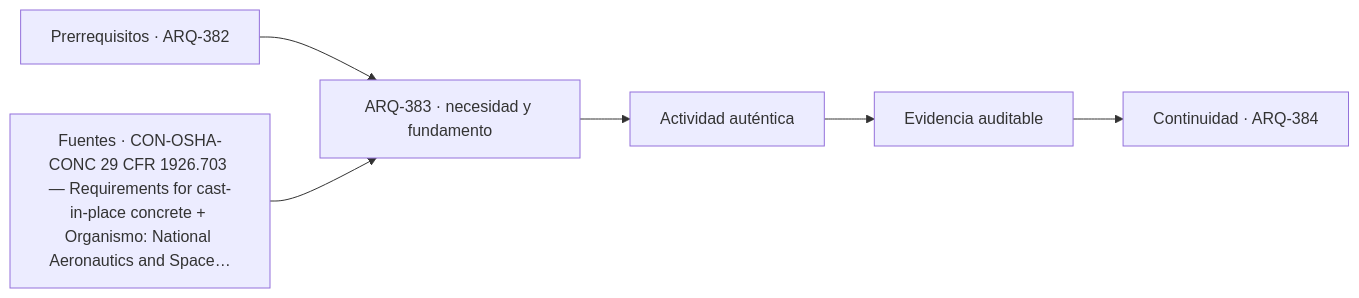
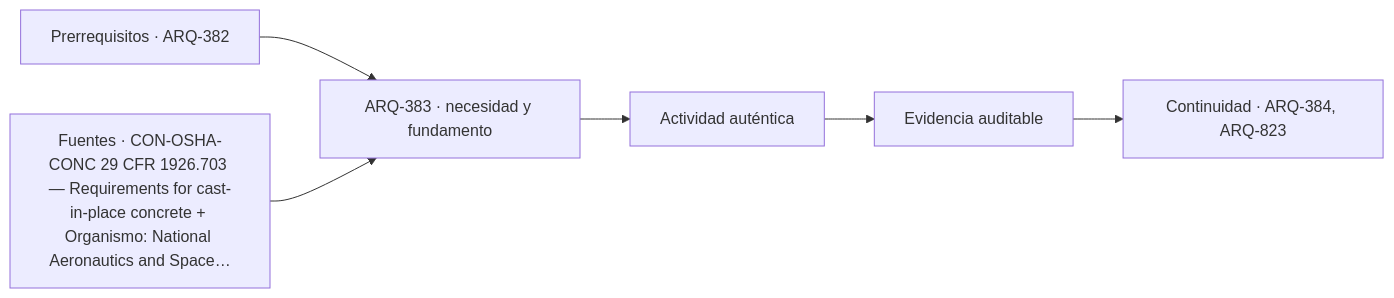
One commit to vladimiracunadev-create/architecture-built-environment-learning-program changed the diagram in classes/parte-39/ARQ-383.md. Above: the diagram before and after it, drawn with Mermaid. The commit also changed other lines of this file and 234 other files, not shown here.

````diff
--- a/classes/parte-39/ARQ-383.md
+++ b/classes/parte-39/ARQ-383.md
@@ -113,8 +113,8 @@
 ```mermaid
 flowchart LR
     A["Prerrequisitos · ARQ-382"] --> B["ARQ-383 · necesidad y fundamento"]
     S["Fuentes · CON-OSHA-CONC 29 CFR 1926.703 — Requirements for cast-in-place concrete + Organismo: National Aeronautics and Space…"] --> B
     B --> C["Actividad auténtica"]
     C --> D["Evidencia auditable"]
-    D --> E["Continuidad · ARQ-384"]
+    D --> E["Continuidad · ARQ-384, ARQ-823"]
 ```
````
